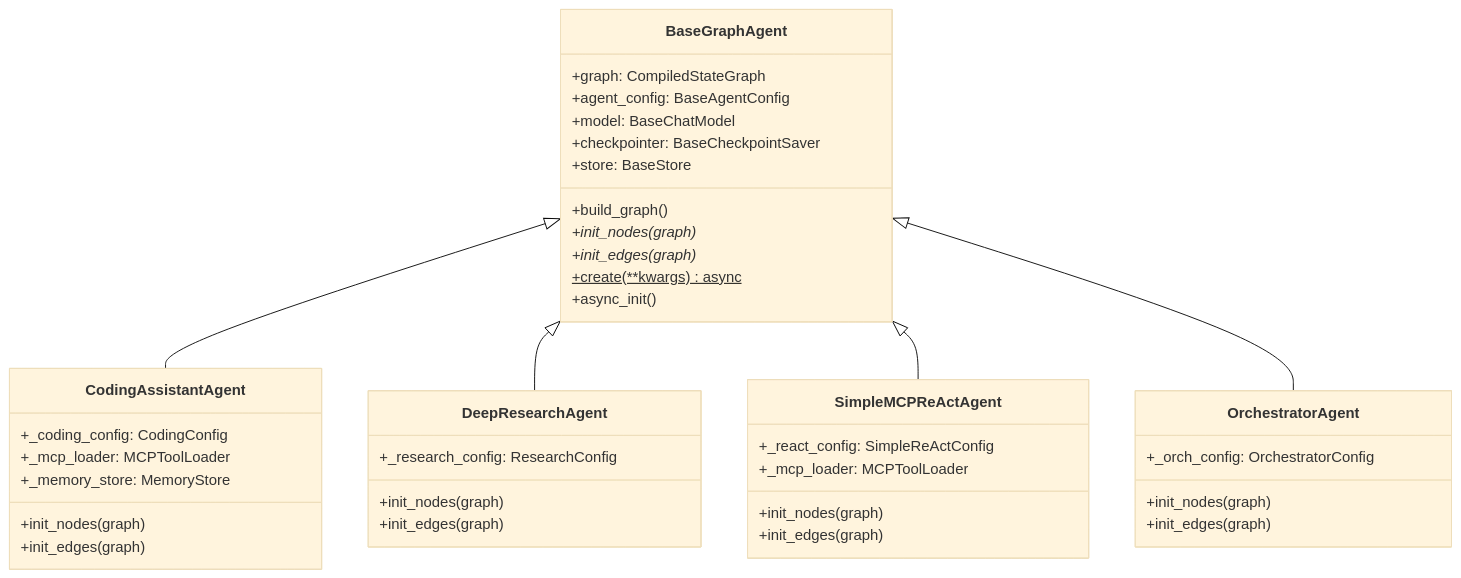
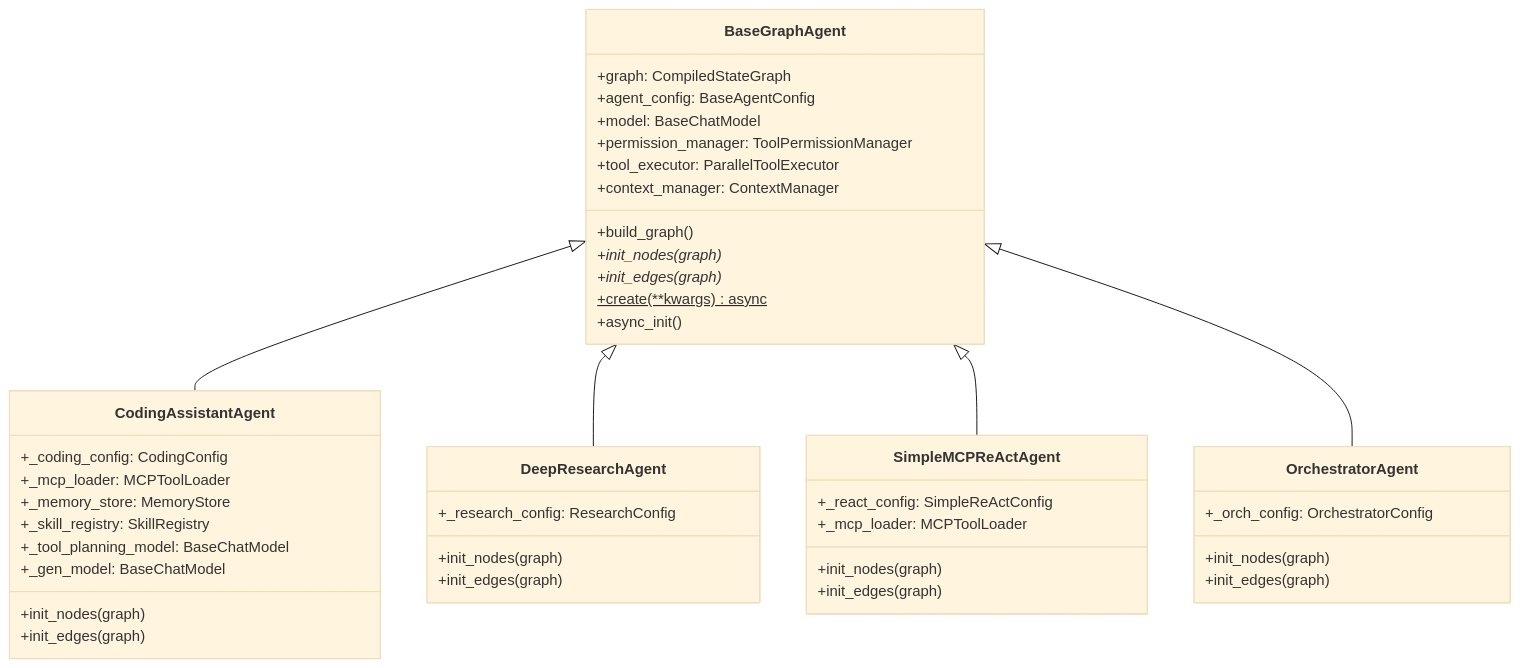
One commit to youngs75/youngs75_coding_ai_agent changed the eighth of 16 diagrams in docs/ARCHITECTURE.md. Above: the diagram before and after it, drawn with Mermaid (base theme). The commit also changed other lines of this file and 15 other files, not shown here.

````diff
--- a/docs/ARCHITECTURE.md
+++ b/docs/ARCHITECTURE.md
@@ -232,47 +288,51 @@
 ```mermaid
 classDiagram
     class BaseGraphAgent {
         +graph: CompiledStateGraph
         +agent_config: BaseAgentConfig
         +model: BaseChatModel
-        +checkpointer: BaseCheckpointSaver
-        +store: BaseStore
+        +permission_manager: ToolPermissionManager
+        +tool_executor: ParallelToolExecutor
+        +context_manager: ContextManager
         +build_graph()
         +init_nodes(graph)*
         +init_edges(graph)*
         +create(**kwargs)$ async
         +async_init()
     }
 
     class CodingAssistantAgent {
         +_coding_config: CodingConfig
         +_mcp_loader: MCPToolLoader
         +_memory_store: MemoryStore
+        +_skill_registry: SkillRegistry
+        +_tool_planning_model: BaseChatModel
+        +_gen_model: BaseChatModel
         +init_nodes(graph)
         +init_edges(graph)
     }
 
     class DeepResearchAgent {
         +_research_config: ResearchConfig
         +init_nodes(graph)
         +init_edges(graph)
     }
 
     class SimpleMCPReActAgent {
         +_react_config: SimpleReActConfig
         +_mcp_loader: MCPToolLoader
         +init_nodes(graph)
         +init_edges(graph)
     }
 
     class OrchestratorAgent {
         +_orch_config: OrchestratorConfig
         +init_nodes(graph)
         +init_edges(graph)
     }
 
     BaseGraphAgent <|-- CodingAssistantAgent
     BaseGraphAgent <|-- DeepResearchAgent
     BaseGraphAgent <|-- SimpleMCPReActAgent
     BaseGraphAgent <|-- OrchestratorAgent
 ```
````
